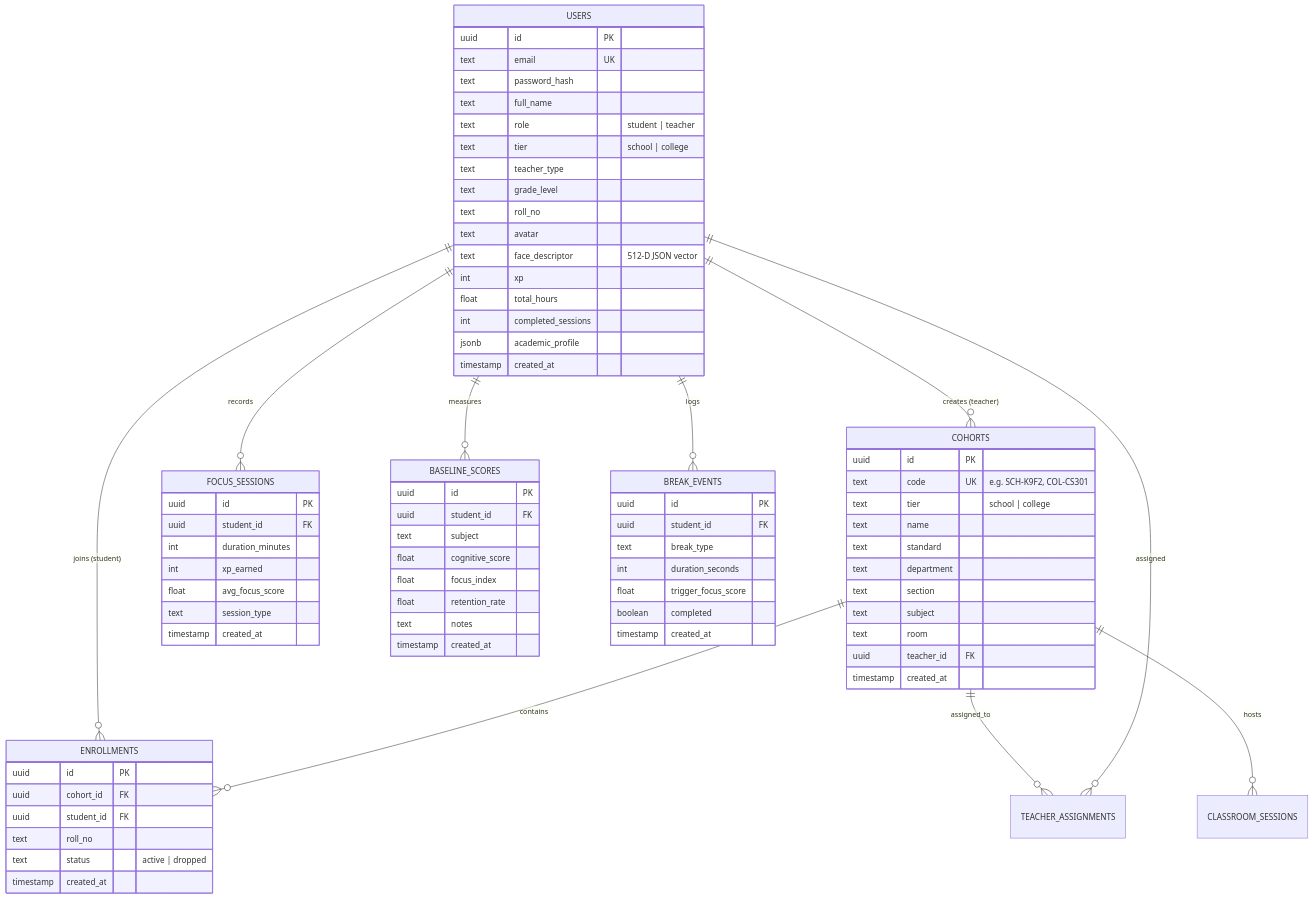
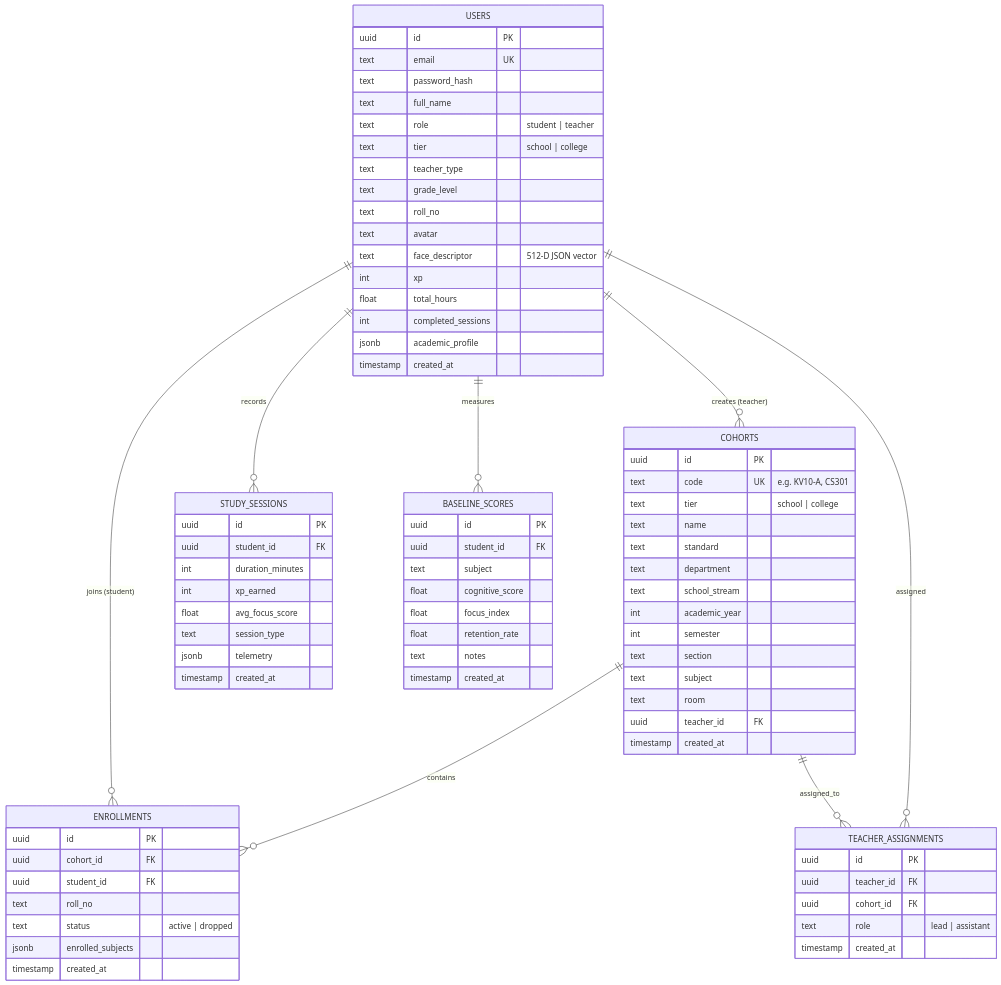
One commit to Kart-1307/CogniLearn changed the fourth of 5 diagrams in ARCHITECTURE.md. Above: the diagram before and after it, drawn with Mermaid. The commit also changed other lines of this file and 7 other files, not shown here.

Commit message:
docs: update architecture PDF, README hackathon checklist, and add sample data fixtures

````diff
--- a/ARCHITECTURE.md
+++ b/ARCHITECTURE.md
@@ -140,12 +225,10 @@
     USERS ||--o{ COHORTS : "creates (teacher)"
     USERS ||--o{ ENROLLMENTS : "joins (student)"
     COHORTS ||--o{ ENROLLMENTS : "contains"
-    USERS ||--o{ FOCUS_SESSIONS : "records"
+    USERS ||--o{ STUDY_SESSIONS : "records"
     USERS ||--o{ BASELINE_SCORES : "measures"
-    USERS ||--o{ BREAK_EVENTS : "logs"
     COHORTS ||--o{ TEACHER_ASSIGNMENTS : "assigned_to"
     USERS ||--o{ TEACHER_ASSIGNMENTS : "assigned"
-    COHORTS ||--o{ CLASSROOM_SESSIONS : "hosts"
 
     USERS {
         uuid id PK
@@ -168,11 +251,14 @@
 
     COHORTS {
         uuid id PK
-        text code UK "e.g. SCH-K9F2, COL-CS301"
+        text code UK "e.g. KV10-A, CS301"
         text tier "school | college"
         text name
         text standard
         text department
+        text school_stream
+        int academic_year
+        int semester
         text section
         text subject
         text room
@@ -186,16 +272,26 @@
         uuid student_id FK
         text roll_no
         text status "active | dropped"
+        jsonb enrolled_subjects
         timestamp created_at
     }
 
-    FOCUS_SESSIONS {
+    TEACHER_ASSIGNMENTS {
+        uuid id PK
+        uuid teacher_id FK
+        uuid cohort_id FK
+        text role "lead | assistant"
+        timestamp created_at
+    }
+
+    STUDY_SESSIONS {
         uuid id PK
         uuid student_id FK
         int duration_minutes
         int xp_earned
         float avg_focus_score
         text session_type
+        jsonb telemetry
         timestamp created_at
     }
 
@@ -209,14 +305,4 @@
         text notes
         timestamp created_at
     }
-
-    BREAK_EVENTS {
-        uuid id PK
-        uuid student_id FK
-        text break_type
-        int duration_seconds
-        float trigger_focus_score
-        boolean completed
-        timestamp created_at
-    }
 ```
````
